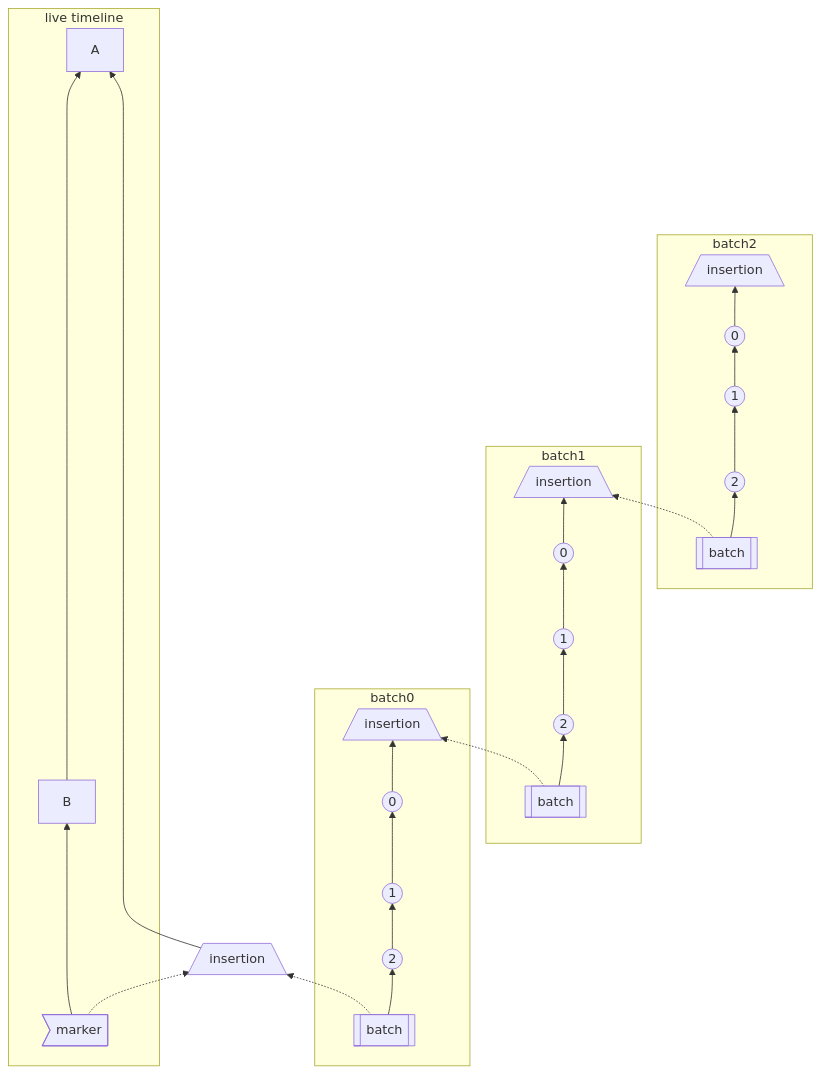
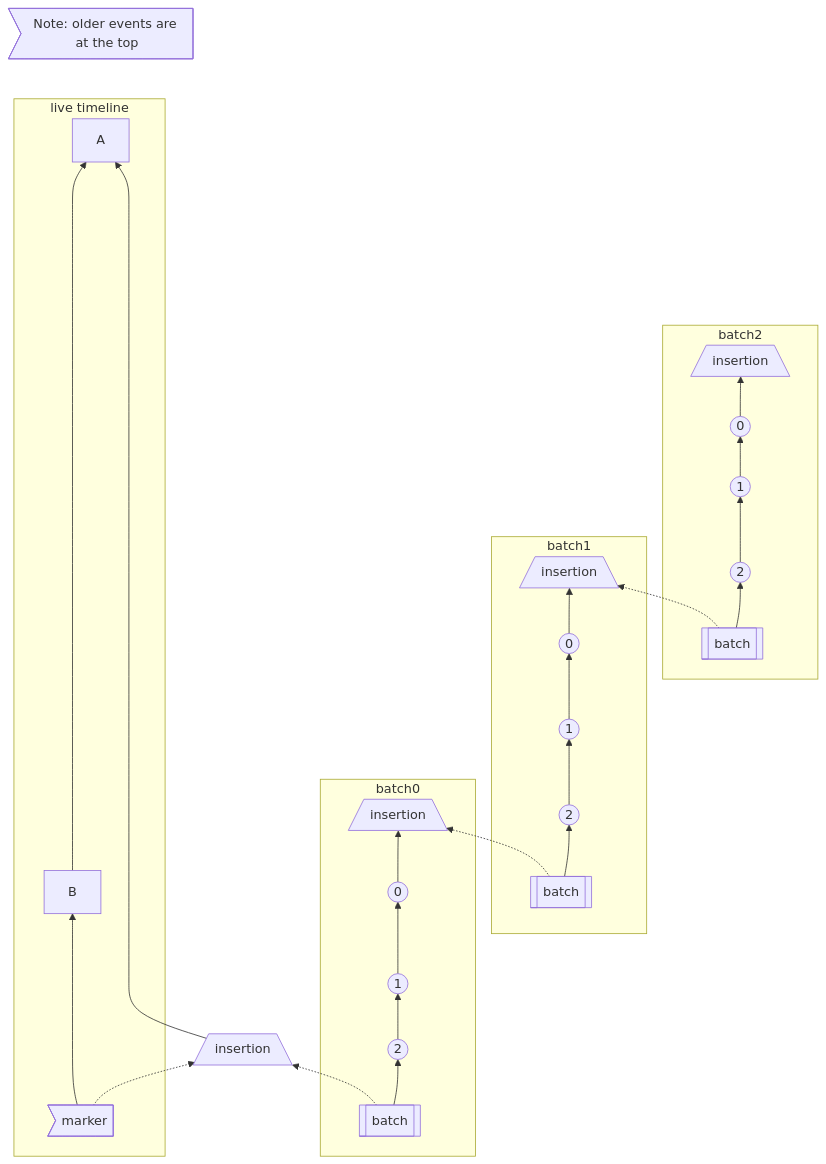
The second of 3 diagrams in proposals/2716-batch-send-historical-messages.md (matrix-org/matrix-spec-proposals), drawn with Mermaid before and after one commit. The commit also changed other lines of this file, not shown here.

First line of the commit message:
Add annotation that older events are at the top of the graphs

````diff
--- a/proposals/2716-batch-send-historical-messages.md
+++ b/proposals/2716-batch-send-historical-messages.md
@@ -414,32 +417,35 @@
 ```mermaid
 flowchart BT
+    A --- annotation1>"Note: older events are at the top"]
     subgraph live timeline
         marker1>"marker"] ----> B -----------------> A
     end
     
     subgraph batch0
         batch0-batch[["batch"]] --> batch0-2(("2")) --> batch0-1((1)) --> batch0-0((0)) --> batch0-insertion[/insertion\]
     end
 
     subgraph batch1
         batch1-batch[["batch"]] --> batch1-2(("2")) --> batch1-1((1)) --> batch1-0((0)) --> batch1-insertion[/insertion\]
     end
     
     subgraph batch2
         batch2-batch[["batch"]] --> batch2-2(("2")) --> batch2-1((1)) --> batch2-0((0)) --> batch2-insertion[/insertion\]
     end
 
     
     marker1 -.-> batch0-insertionBase
     batch0-insertionBase[/insertion\] ---------------> A
     batch0-batch -.-> batch0-insertionBase[/insertion\]
     batch1-batch -.-> batch0-insertion
     batch2-batch -.-> batch1-insertion
 
 
     %% alignment links 
     batch2-insertion --- alignment1
     %% make the alignment links/nodes invisible
     style alignment1 visibility: hidden,color:transparent;
-    linkStyle 19 stroke-width:2px,fill:none,stroke:none;
+    linkStyle 20 stroke-width:2px,fill:none,stroke:none;
+    %% make the annotation links invisible
+    linkStyle 0 stroke-width:2px,fill:none,stroke:none;
 ```
````
